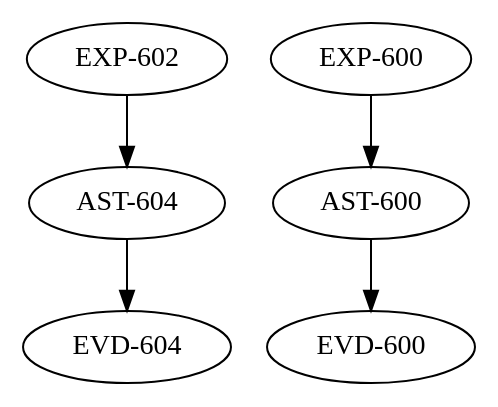
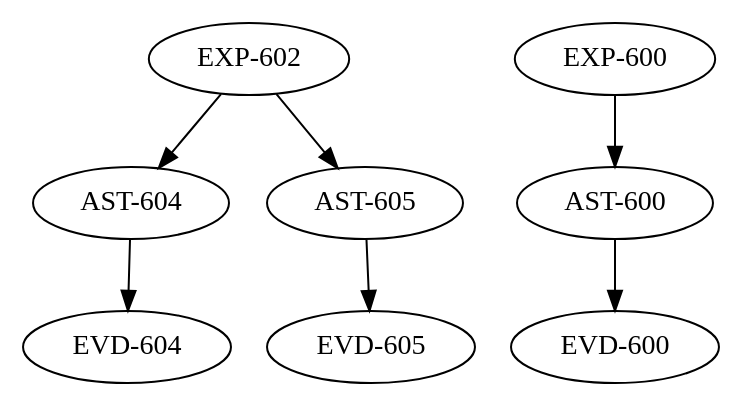
Before and after one commit to SEAME-pt/Team5_Senna_Tech: the diagram in .dotstop.dot, drawn with Graphviz. The commit also changed 28 other files, not shown here.

```diff
--- a/.dotstop.dot
+++ b/.dotstop.dot
@@ -1,15 +1,19 @@
 # This file is automatically generated by dotstop and should not be edited manually.
 # Generated using trustable 2025.12.18.
 
 digraph G {
 "EXP-602" [sha="dae39ec60bce947afcfbf6b5a06b7f1a4f390d3f65ff15456a3135b06f6251de"];
 "AST-600" [sha="81967c4991f336ffa4a30fd362b60f5e7c2891ffccc1400ddfd1de191a5490e2"];
 "AST-604" [sha="e28aad728690a7133f2117406de2f5f3e6149695f425dcd2e788445a211de9aa"];
+"AST-605" [sha="b2c9da3e0a55a697c3fd93bfc8865fe92723ac842714551a2bbfc17d120e0658"];
 "EVD-600" [sha="ac3a34376abda4d15bc0920bb4c0f7987dea18d7a8323ce78966152297cbfaba"];
 "EVD-604" [sha="229b3c37129e26277d0c53440ce6460c4ea2b94fdad253d50e4c1bd888bb3d80"];
+"EVD-605" [sha="3d39c4f402bb2ae7981ac980a8b9628c43eef5f12dc8b36b00d403886dfaac7e"];
 "EXP-600" [sha="8627d297cd8be6af37f44bda481d6597510d323e14792bde09af437afe1738a9"];
 "EXP-602" -> "AST-604" [sha="4994c87a52183dc4afdb24c0e65746f8623f894586d0d7e04a56935fc0f20742"];
+"EXP-602" -> "AST-605" [sha="daed82b5cef6f42716641a7494d857f13e12462ccb169c792ff2937a61eb7eae"];
 "AST-600" -> "EVD-600" [sha="163517b33b33ce7fe791c7420b823d8eadec1fb71fb970e3c84b2fffa5d2a2a2"];
 "AST-604" -> "EVD-604" [sha="a262fe7dd9bf3d515a85e3087ef8618d784cf41a28b6e4b0095ff6140fd5aa58"];
+"AST-605" -> "EVD-605" [sha="3d1c0713826249e0f38f9db9f121d917b591c0d13d96efba56ba89fe66f3c5bb"];
 "EXP-600" -> "AST-600" [sha="59f11d449baa7b00bcdebca6bf7f6378d359a112eb5370fec6f6cc9a42c1ce80"];
 }
```
